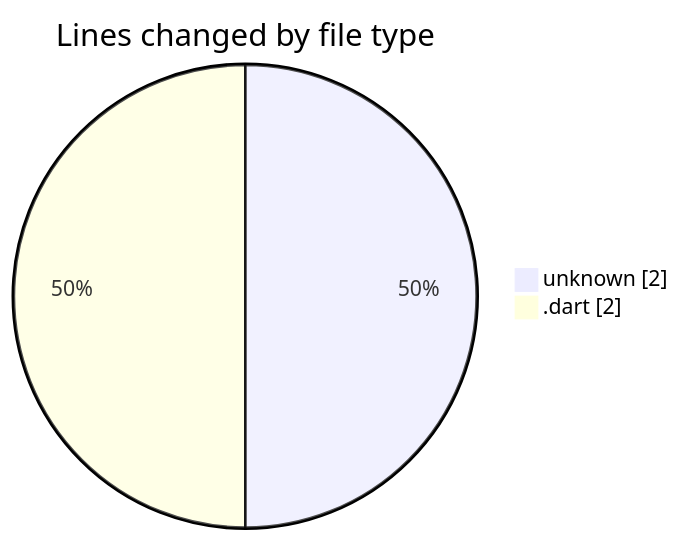
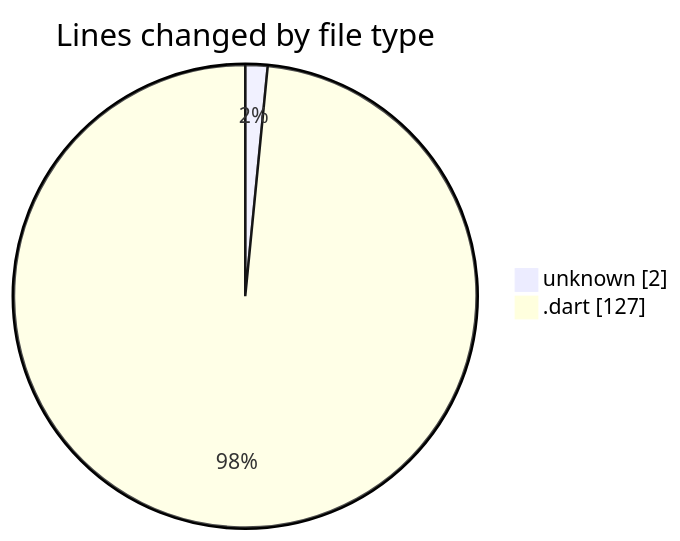
The first of 2 diagrams in 2025-10-19/weather_insights_app/README.md (donsfak/code-tracking), drawn with Mermaid before and after one commit. The commit also changed other lines of this file and 1 other file, not shown here.

````diff
--- a/2025-10-19/weather_insights_app/README.md
+++ b/2025-10-19/weather_insights_app/README.md
@@ -22,6 +25,6 @@
 ```mermaid
 pie showData
 title Lines changed by file type
 "unknown" : 2
-".dart" : 2
+".dart" : 127
 ```
````
